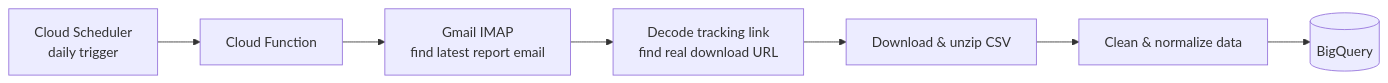
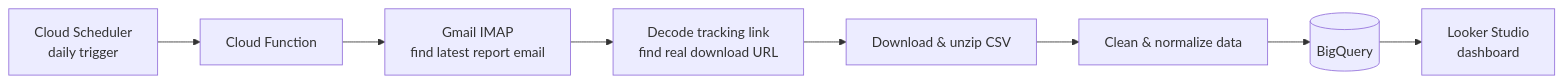
One commit to AsimIqbal0300/Webengage-Automated_ETL_Pipeline changed the diagram in README.md. Above: the diagram before and after it, drawn with Mermaid. The commit also changed other lines of this file, not shown here.

````diff
--- a/README.md
+++ b/README.md
@@ -18,9 +7,10 @@
 ```mermaid
 flowchart LR
     A[Cloud Scheduler<br/>daily trigger] --> B[Cloud Function]
     B --> C[Gmail IMAP<br/>find latest report email]
     C --> D[Decode tracking link<br/>find real download URL]
     D --> E[Download & unzip CSV]
     E --> F[Clean & normalize data]
     F --> G[(BigQuery)]
+    G --> H[Looker Studio<br/>dashboard]
 ```
````
